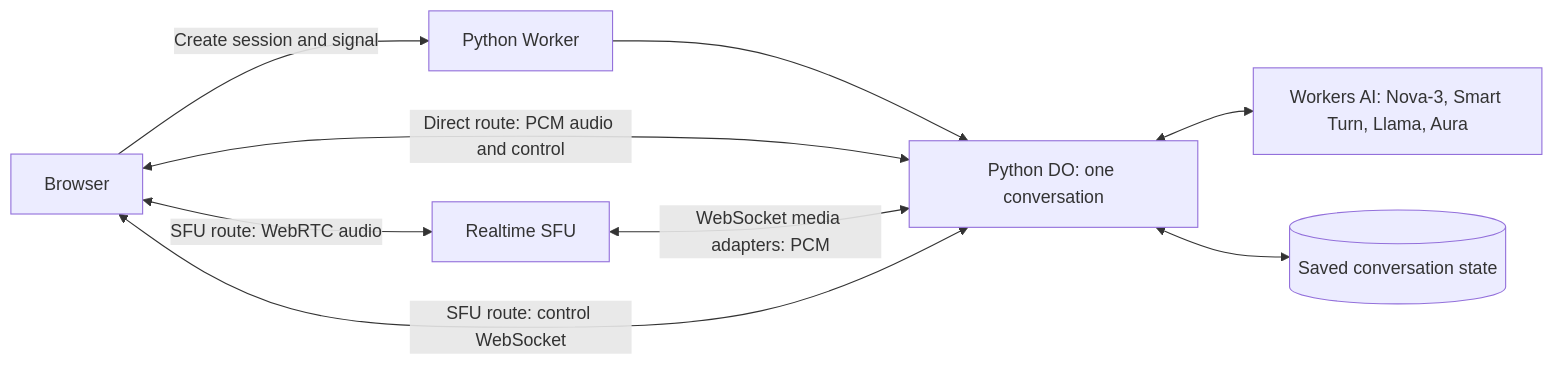
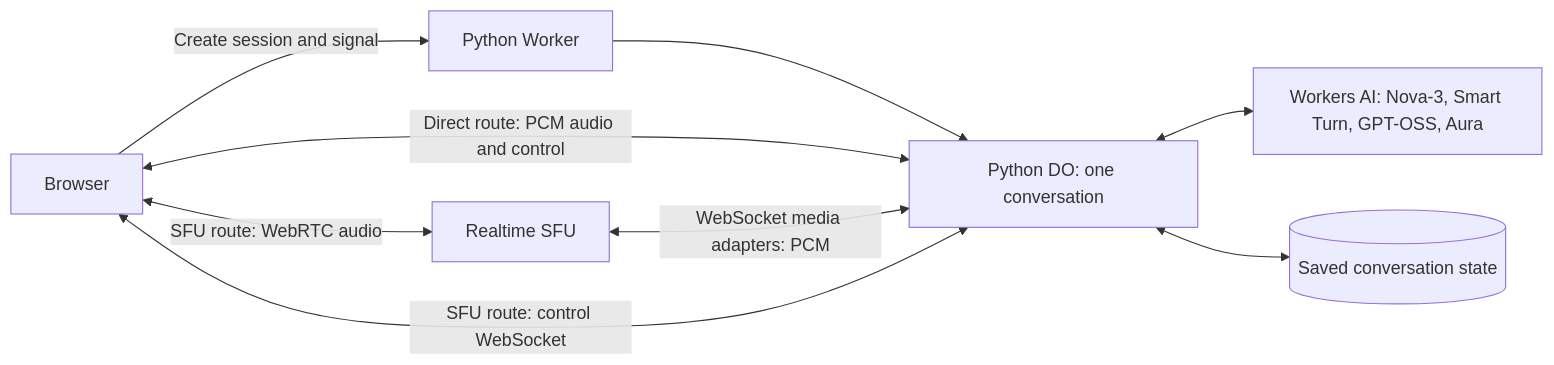
Before and after one commit to korinne/pipecat-on-workers: the diagram in docs/BASELINE.md, drawn with Mermaid. The commit also changed other lines of this file and 25 other files, not shown here.

````diff
--- a/docs/BASELINE.md
+++ b/docs/BASELINE.md
@@ -9,11 +9,11 @@
 ```mermaid
 flowchart LR
     Browser[Browser] -->|Create session and signal| Worker[Python Worker]
     Worker --> DO[Python DO: one conversation]
     Browser <-->|Direct route: PCM audio and control| DO
     Browser <-->|SFU route: WebRTC audio| SFU[Realtime SFU]
     SFU <-->|WebSocket media adapters: PCM| DO
     Browser <-->|SFU route: control WebSocket| DO
-    DO <--> AI[Workers AI: Nova-3, Smart Turn, Llama, Aura]
+    DO <--> AI[Workers AI: Nova-3, Smart Turn, GPT-OSS, Aura]
     DO <--> Storage[(Saved conversation state)]
 ```
````
